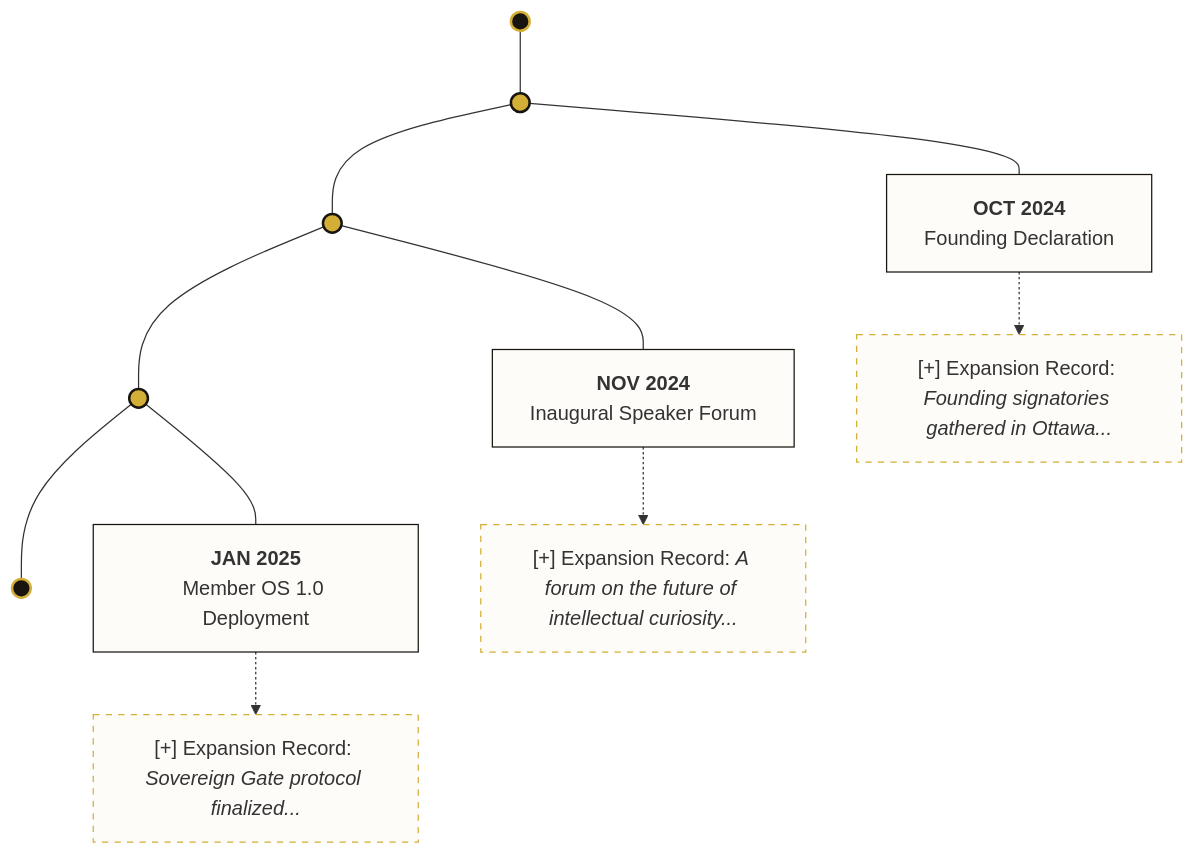
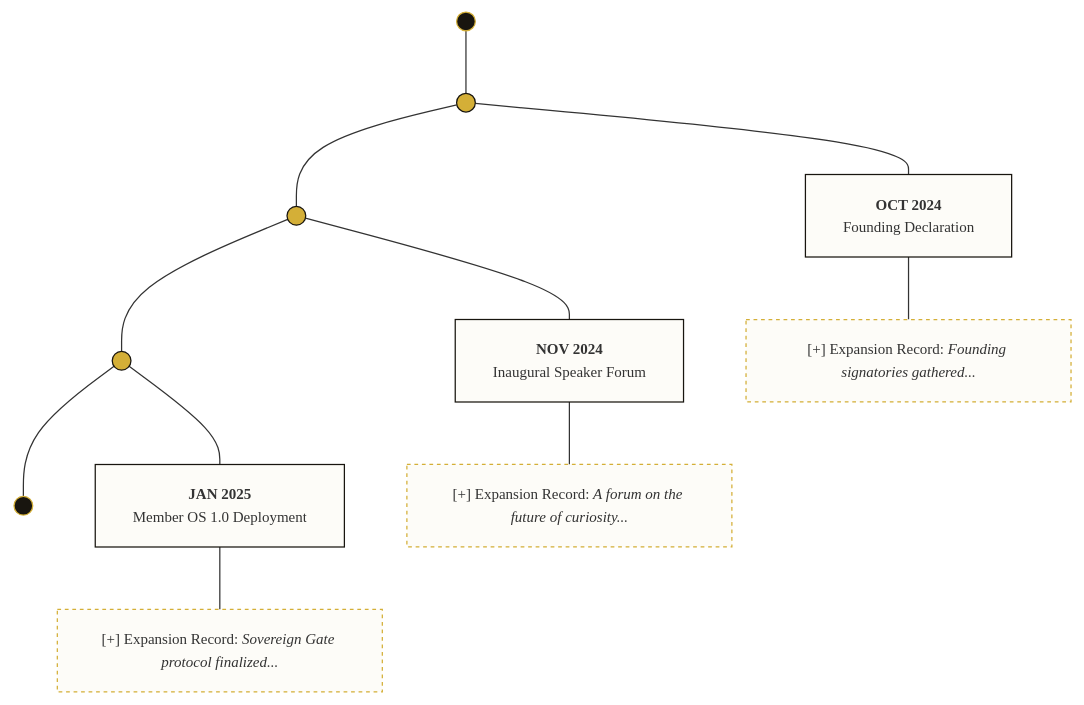
Before and after one commit to TharrosDev-ORG/Meridian-Website: the diagram in README.md, drawn with Mermaid.

Commit message:
docs: fix The Ledger Mermaid sketch for vertical alignment

````diff
--- a/README.md
+++ b/README.md
@@ -186,33 +186,36 @@
       ```mermaid
       graph TD
-        %% The Central Spine
-        SpineStart(( )) --- P1(( ))
+        %% Vertical Spine
+        S1(( )) --- P1(( ))
         P1 --- P2(( ))
         P2 --- P3(( ))
-        P3 --- SpineEnd(( ))
+        P3 --- S2(( ))
 
-        %% Milestone Connections
+        %% Milestones (Linked horizontally to force verticality of spine)
         P1 --- M1["<b>OCT 2024</b><br/>Founding Declaration"]
         P2 --- M2["<b>NOV 2024</b><br/>Inaugural Speaker Forum"]
         P3 --- M3["<b>JAN 2025</b><br/>Member OS 1.0 Deployment"]
 
-        %% Expansion Mockups
-        M1 -.-> D1["[+] Expansion Record: <i>Founding signatories gathered in Ottawa...</i>"]
-        M2 -.-> D2["[+] Expansion Record: <i>A forum on the future of intellectual curiosity...</i>"]
-        M3 -.-> D3["[+] Expansion Record: <i>Sovereign Gate protocol finalized...</i>"]
+        %% Details
+        M1 --- D1["[+] Expansion Record: <i>Founding signatories gathered...</i>"]
+        M2 --- D2["[+] Expansion Record: <i>A forum on the future of curiosity...</i>"]
+        M3 --- D3["[+] Expansion Record: <i>Sovereign Gate protocol finalized...</i>"]
 
-        %% Institutional Styling
-        style SpineStart fill:#18150F,stroke:#D4AF37,stroke-width:2px
-        style SpineEnd fill:#18150F,stroke:#D4AF37,stroke-width:2px
-        style P1 fill:#D4AF37,stroke:#18150F,stroke-width:2px
-        style P2 fill:#D4AF37,stroke:#18150F,stroke-width:2px
-        style P3 fill:#D4AF37,stroke:#18150F,stroke-width:2px
+        %% Styling to emphasize the straight "Ink" line
+        style S1 fill:#18150F,stroke:#D4AF37
+        style S2 fill:#18150F,stroke:#D4AF37
+        style P1 fill:#D4AF37,stroke:#18150F
+        style P2 fill:#D4AF37,stroke:#18150F
+        style P3 fill:#D4AF37,stroke:#18150F
         
-        style M1 fill:#FDFCF8,stroke:#18150F,stroke-width:1px
-        style M2 fill:#FDFCF8,stroke:#18150F,stroke-width:1px
-        style M3 fill:#FDFCF8,stroke:#18150F,stroke-width:1px
+        style M1 fill:#FDFCF8,stroke:#18150F
+        style M2 fill:#FDFCF8,stroke:#18150F
+        style M3 fill:#FDFCF8,stroke:#18150F
         
-        style D1 fill:#FDFCF8,stroke:#D4AF37,stroke-dasharray: 5 5
-        style D2 fill:#FDFCF8,stroke:#D4AF37,stroke-dasharray: 5 5
-        style D3 fill:#FDFCF8,stroke:#D4AF37,stroke-dasharray: 5 5
+        style D1 fill:#FDFCF8,stroke:#D4AF37,stroke-dasharray: 3 3
+        style D2 fill:#FDFCF8,stroke:#D4AF37,stroke-dasharray: 3 3
+        style D3 fill:#FDFCF8,stroke:#D4AF37,stroke-dasharray: 3 3
+
+        %% Layout hints
+        classDef default font-family:serif,font-size:12px;
       ```
````
